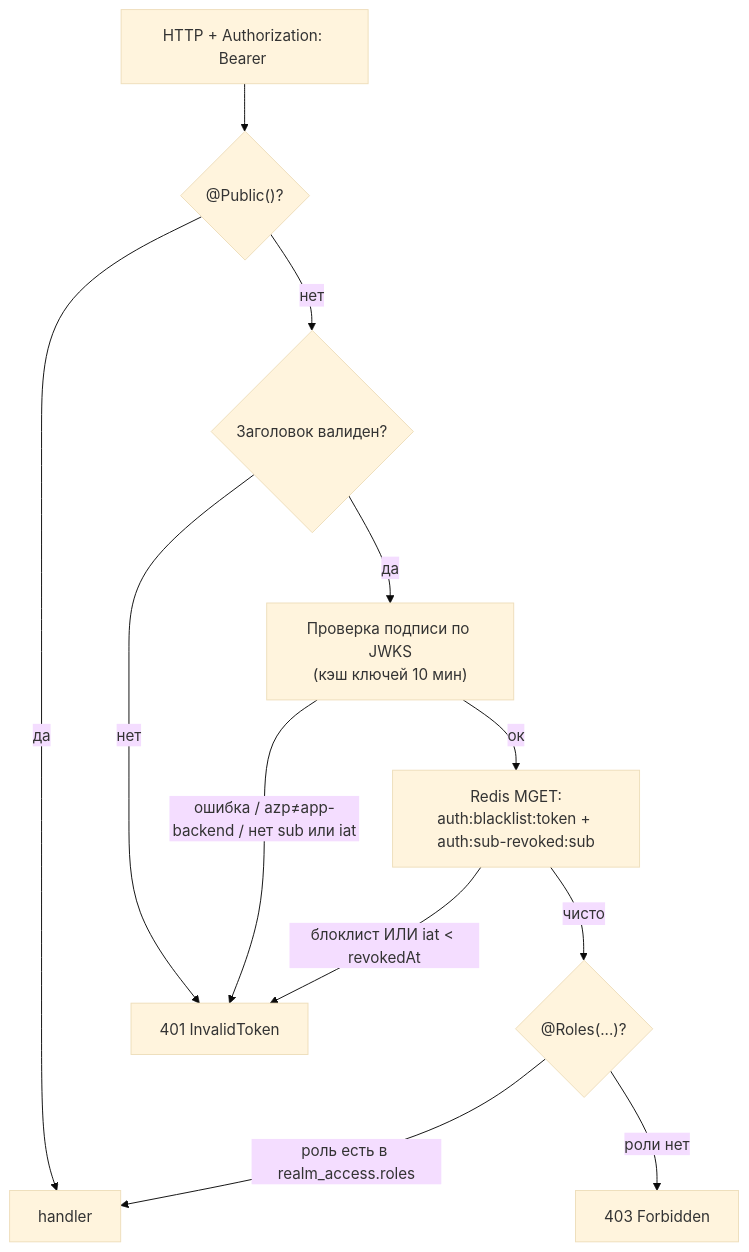
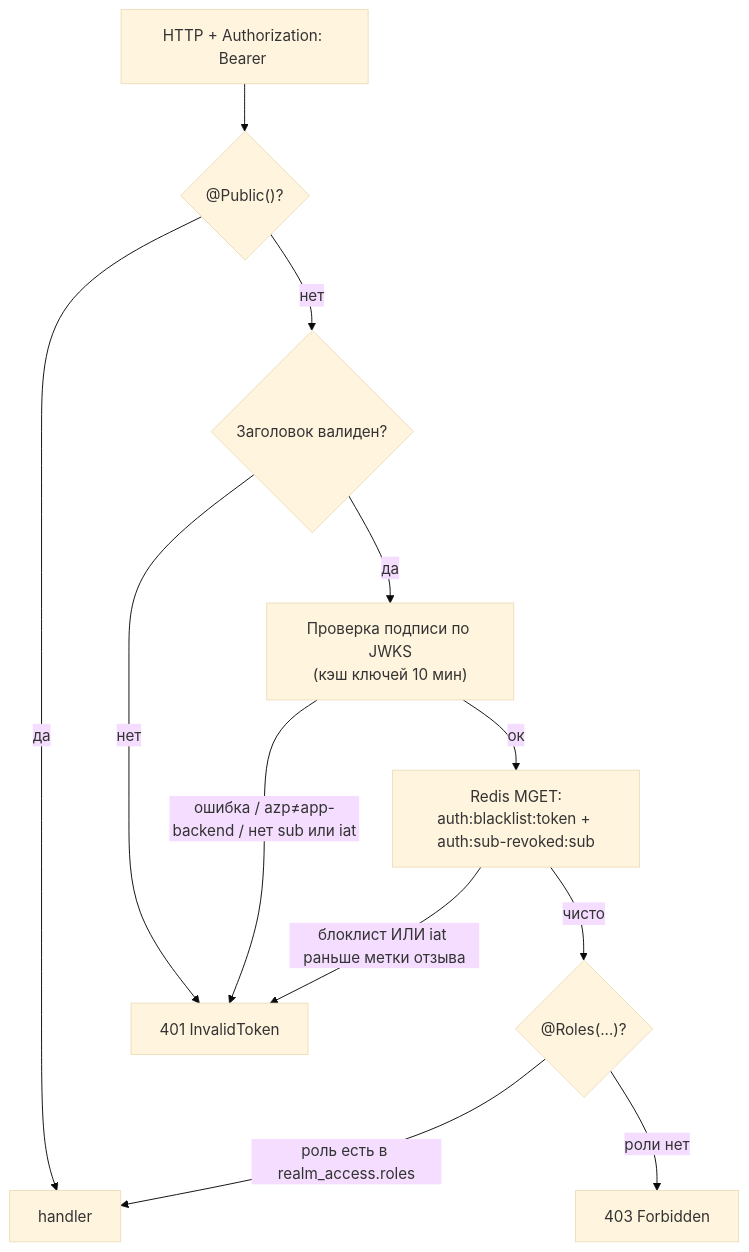
Before and after one commit to ivatutin/njs-server: the third of 12 diagrams in docs/AUTH-FLOWS.md, drawn with Mermaid (base theme). The commit also changed other lines of this file, not shown here.

First line of the commit message:
docs(auth-flows): fix Mermaid parse errors - semicolons break GitHub renderer

````diff
--- a/docs/AUTH-FLOWS.md
+++ b/docs/AUTH-FLOWS.md
@@ -137,14 +137,14 @@
 ```mermaid
 flowchart TD
     A["HTTP + Authorization: Bearer <JWT>"] --> B{"@Public()?"}
     B -- да --> OK["handler"]
     B -- нет --> C{"Заголовок валиден?"}
     C -- нет --> U401["401 InvalidToken"]
     C -- да --> D["Проверка подписи по JWKS<br/>(кэш ключей 10 мин)"]
     D -- "ошибка / azp≠app-backend / нет sub или iat" --> U401
     D -- ок --> E["Redis MGET:<br/>auth:blacklist:token + auth:sub-revoked:sub"]
-    E -- "блоклист ИЛИ iat &lt; revokedAt" --> U401
+    E -- "блоклист ИЛИ iat раньше метки отзыва" --> U401
     E -- "чисто" --> F{"@Roles(...)?"}
     F -- "роль есть в realm_access.roles" --> OK
     F -- "роли нет" --> F403["403 Forbidden"]
 ```
````
